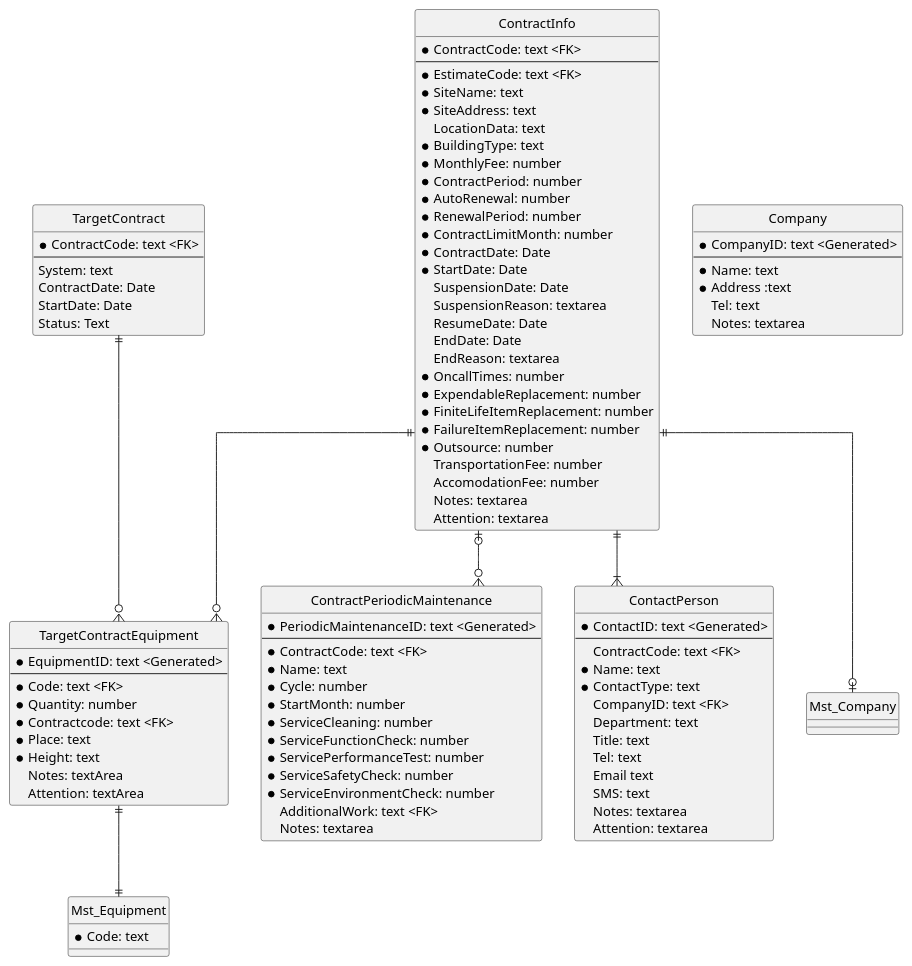
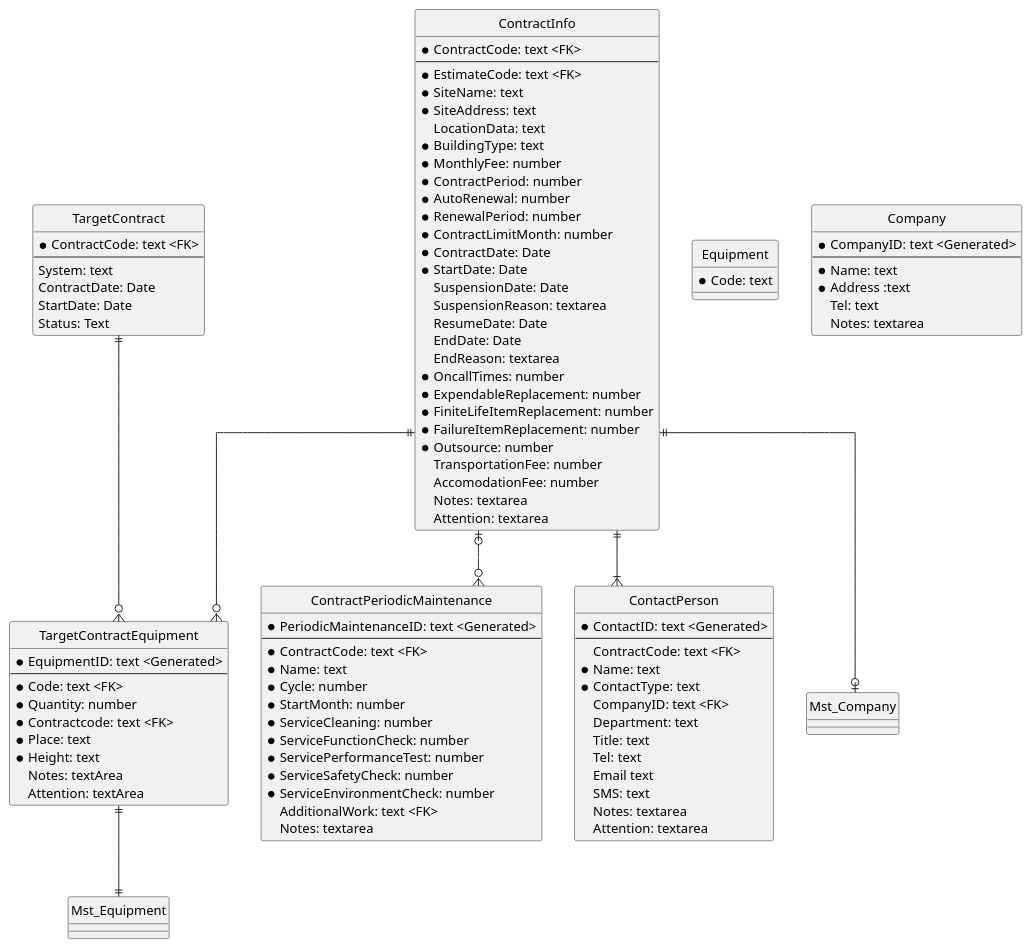
Before and after one commit to himiz6912/mms: the diagram in er_contract.pu, drawn with PlantUML. The commit also changed 2 other files, not shown here.

```diff
--- a/er_contract.pu
+++ b/er_contract.pu
@@ -1,107 +1,107 @@
 @startuml
 hide circle
 skinparam linetype ortho
 
 entity ContractInfo {
     * ContractCode: text <FK>
     --
     * EstimateCode: text <FK>
     * SiteName: text
     * SiteAddress: text
     LocationData: text
     * BuildingType: text
     * MonthlyFee: number
     * ContractPeriod: number
     * AutoRenewal: number
     * RenewalPeriod: number
     * ContractLimitMonth: number
     * ContractDate: Date
     * StartDate: Date
     SuspensionDate: Date
     SuspensionReason: textarea
     ResumeDate: Date
     EndDate: Date
     EndReason: textarea
     * OncallTimes: number
     * ExpendableReplacement: number
     * FiniteLifeItemReplacement: number
     * FailureItemReplacement: number
     * Outsource: number
     TransportationFee: number
     AccomodationFee: number
     Notes: textarea
     Attention: textarea
 }
 ' BuildingType: Office/ Factory/ Warehouse/ House/ Apartment/ Office building/ Store/ .. 
 entity TargetContract {
     * ContractCode: text <FK>
     --
     System: text
     ContractDate: Date
     StartDate: Date
     Status: Text
 }
 ' for demo, actually use CMS of each company.
 entity TargetContractEquipment {
     * EquipmentID: text <Generated>
     --
     * Code: text <FK>
     * Quantity: number
     * Contractcode: text <FK>
     * Place: text
     * Height: text
     Notes: textArea
     Attention: textArea
 }
 ' Height: Normal height/ Airial work platform/ Airial Work vehicle
 entity ContractPeriodicMaintenance {
     * PeriodicMaintenanceID: text <Generated>
     --
     * ContractCode: text <FK>
     * Name: text
     * Cycle: number
     * StartMonth: number
     * ServiceCleaning: number
     * ServiceFunctionCheck: number
     * ServicePerformanceTest: number
     * ServiceSafetyCheck: number
     * ServiceEnvironmentCheck: number
     AdditionalWork: text <FK>
     Notes: textarea
 }
 ' AdditionalWork: array of CheckStandardID
-entity Mst_Equipment {
+entity Equipment {
     * Code: text
 }
 entity ContactPerson {
     * ContactID: text <Generated>
     --
     ContractCode: text <FK>
     * Name: text
     * ContactType: text
     CompanyID: text <FK>
     Department: text
     Title: text
     Tel: text
     Email text
     SMS: text
     Notes: textarea
     Attention: textarea
 }
 ' ContactType: Contract/ Emergency/ Appointment/ Habitant/ Security/ Employee
 entity Company {
     * CompanyID: text <Generated>
     --
     * Name: text
     * Address :text
     Tel: text
     Notes: textarea
 }
 
 ContractInfo ||--o{ TargetContractEquipment
 ContractInfo ||--o| Mst_Company
 ContractInfo |o--o{ ContractPeriodicMaintenance
 ContractInfo ||--|{ ContactPerson
 TargetContract ||--o{ TargetContractEquipment
 TargetContractEquipment ||--|| Mst_Equipment
 @enduml
```
